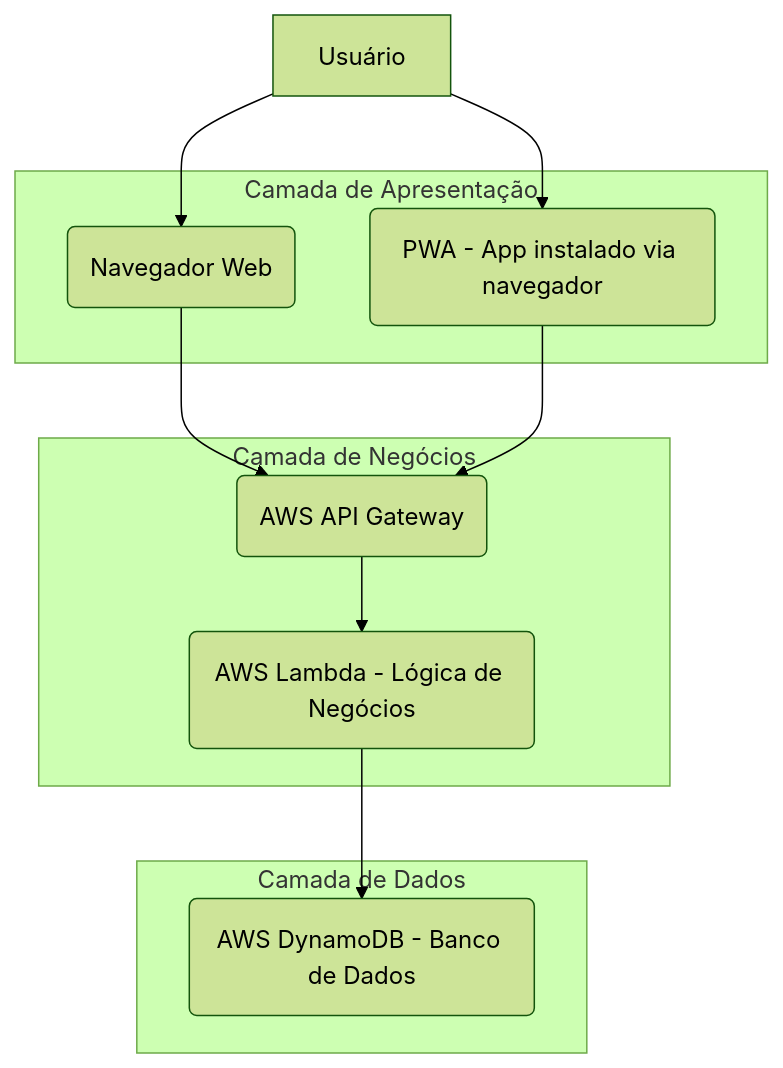
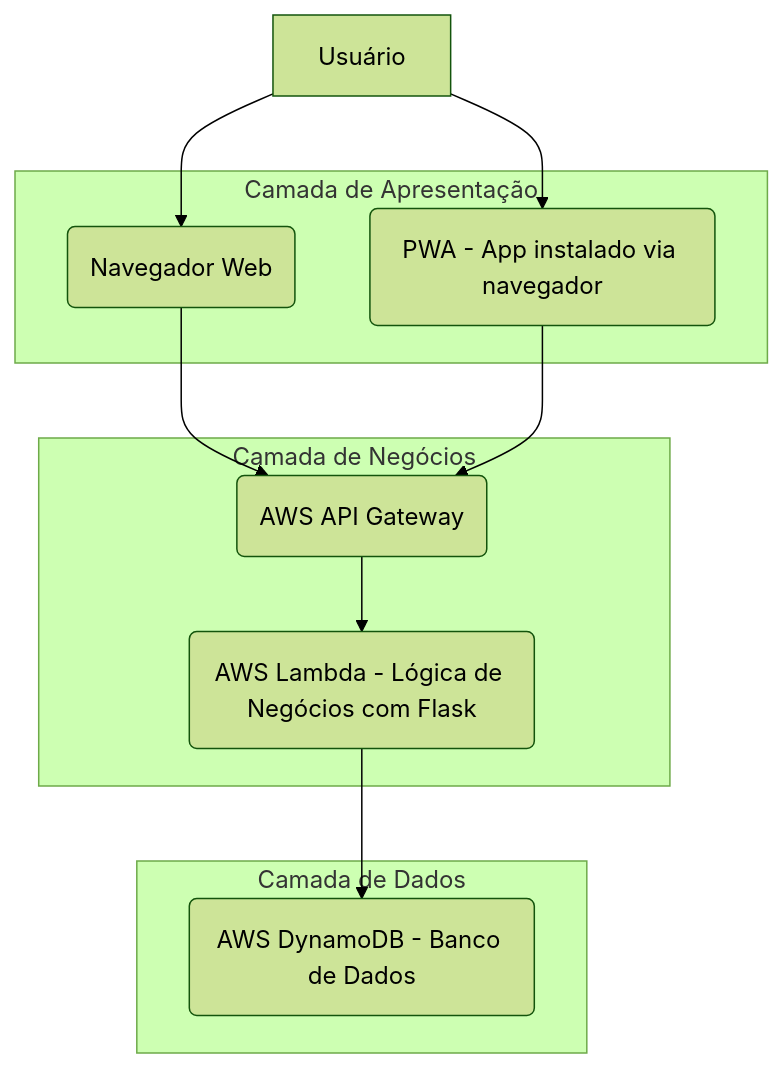
One commit to franciscalorraynes/task-manager changed the diagram in project_plan.md. Above: the diagram before and after it, drawn with Mermaid (forest theme). The commit also changed other lines of this file, not shown here.

````diff
--- a/project_plan.md
+++ b/project_plan.md
@@ -46,26 +47,26 @@
 ```mermaid
 graph TD
     A[Usuário] --> B(Navegador Web)
     A --> C(PWA - App instalado via navegador)
 
     B --> D(AWS API Gateway)
     C --> D
 
-    D --> E(AWS Lambda - Lógica de Negócios)
+    D --> E(AWS Lambda - Lógica de Negócios com Flask)
 
     E --> F(AWS DynamoDB - Banco de Dados)
 
     subgraph Camada de Apresentação
         B
         C
     end
 
     subgraph Camada de Negócios
         D
         E
     end
 
     subgraph Camada de Dados
         F
     end
 ```
````
